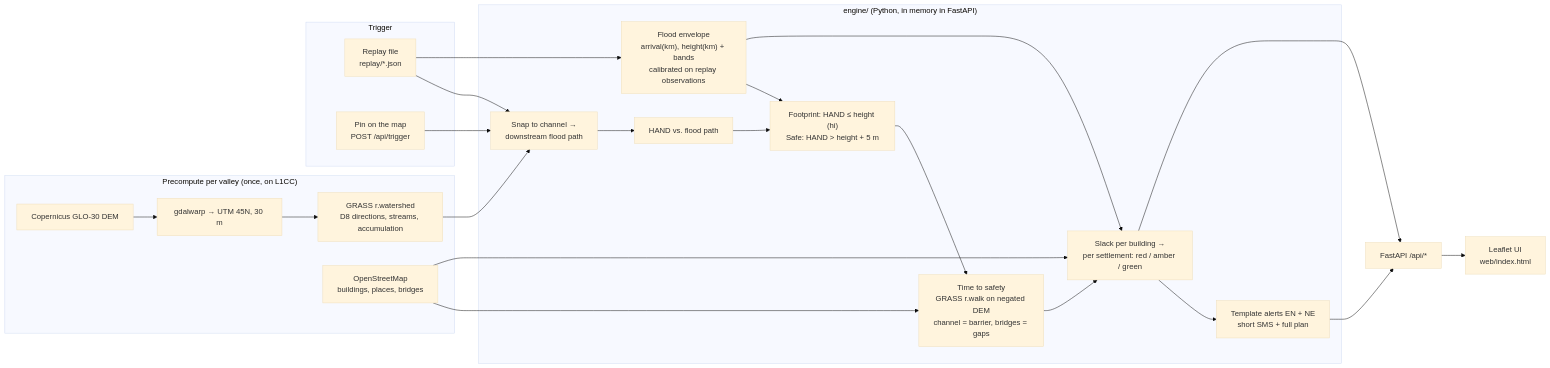
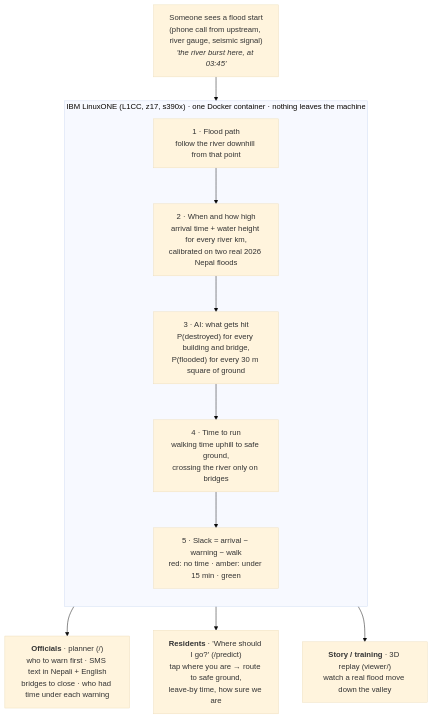
Before and after one commit to larubiano0/evac-ai: the diagram in README.md, drawn with Mermaid (base theme). The commit also changed other lines of this file and 6 other files, not shown here.

Commit message:
[agent-aayush] Architecture diagrams (docs/architecture.md, README), video demo section for 3 screens, escape fix verified, 8000 = pred4 logged

````diff
--- a/README.md
+++ b/README.md
@@ -65,38 +67,19 @@
 ```mermaid
-flowchart LR
-  subgraph Offline["Precompute per valley (once, on L1CC)"]
-    DEM["Copernicus GLO-30 DEM"] --> WARP["gdalwarp → UTM 45N, 30 m"]
-    WARP --> RW["GRASS r.watershed<br/>D8 directions, streams, accumulation"]
-    OSM["OpenStreetMap<br/>buildings, places, bridges"]
+flowchart TB
+  SEE["Someone sees a flood start<br/>(phone call from upstream, river gauge, seismic signal)<br/><i>'the river burst here, at 03:45'</i>"]
+
+  subgraph Z["IBM LinuxONE (L1CC, z17, s390x) · one Docker container · nothing leaves the machine"]
+    direction TB
+    P1["1 · Flood path<br/>follow the river downhill from that point"]
+    P2["2 · When and how high<br/>arrival time + water height for every river km,<br/>calibrated on two real 2026 Nepal floods"]
+    P3["3 · AI: what gets hit<br/>P(destroyed) for every building and bridge,<br/>P(flooded) for every 30 m square of ground"]
+    P4["4 · Time to run<br/>walking time uphill to safe ground,<br/>crossing the river only on bridges"]
+    P5["5 · Slack = arrival − warning − walk<br/>red: no time · amber: under 15 min · green"]
+    P1 --> P2 --> P3 --> P4 --> P5
   end
 
-  subgraph Inputs["Trigger"]
-    REP["Replay file<br/>replay/*.json"]
-    PIN["Pin on the map<br/>POST /api/trigger"]
-  end
-
-  subgraph Engine["engine/ (Python, in memory in FastAPI)"]
-    PATH["Snap to channel →<br/>downstream flood path"]
-    HAND["HAND vs. flood path"]
-    ENV["Flood envelope<br/>arrival(km), height(km) + bands<br/>calibrated on replay observations"]
-    FOOT["Footprint: HAND ≤ height (hi)<br/>Safe: HAND > height + 5 m"]
-    WALK["Time to safety<br/>GRASS r.walk on negated DEM<br/>channel = barrier, bridges = gaps"]
-    SLACK["Slack per building →<br/>per settlement: red / amber / green"]
-    ALERT["Template alerts EN + NE<br/>short SMS + full plan"]
-  end
-
-  RW --> PATH
-  REP --> PATH
-  PIN --> PATH
-  PATH --> HAND --> FOOT
-  REP --> ENV --> FOOT
-  FOOT --> WALK
-  OSM --> WALK
-  OSM --> SLACK
-  WALK --> SLACK
-  ENV --> SLACK
-  SLACK --> ALERT
-  ALERT --> API["FastAPI /api/*"]
-  SLACK --> API
-  API --> UI["Leaflet UI<br/>web/index.html"]
+  SEE --> P1
+  P5 --> OFF["<b>Officials</b> · planner (/)<br/>who to warn first · SMS text in Nepali + English<br/>bridges to close · who had time under each warning"]
+  P5 --> RES["<b>Residents</b> · 'Where should I go?' (/predict)<br/>tap where you are → route to safe ground,<br/>leave-by time, how sure we are"]
+  P5 --> REP["<b>Story / training</b> · 3D replay (viewer/)<br/>watch a real flood move down the valley"]
 ```
````
